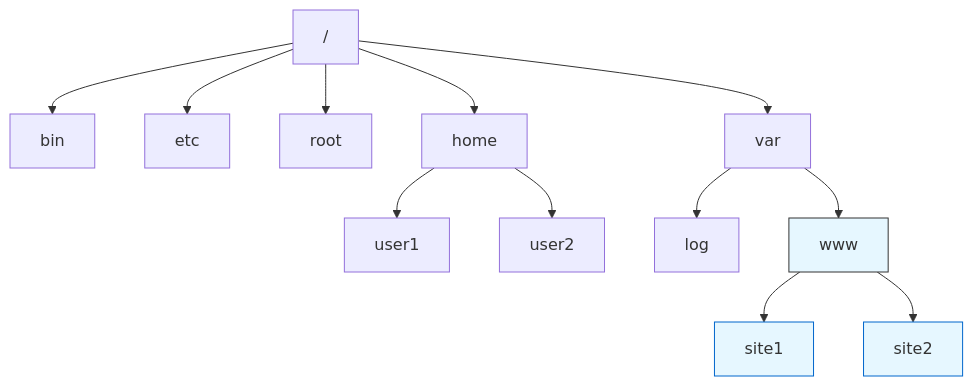
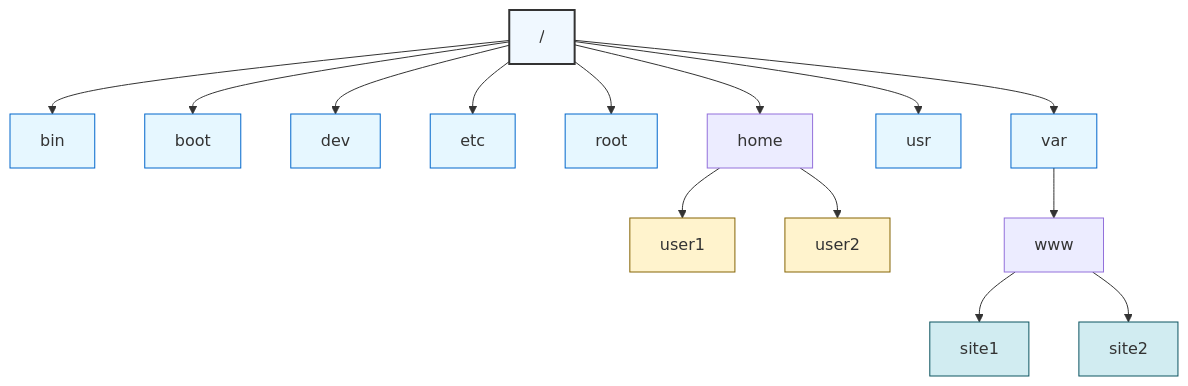
One commit to yuratokazin/gitcube changed the diagram in Linux/README.md. Above: the diagram before and after it, drawn with Mermaid.

Commit message:
Базовые навыки работы в Linux

````diff
--- a/Linux/README.md
+++ b/Linux/README.md
@@ -4,21 +4,27 @@
 ```mermaid
 graph TD
-    A["/"]--> B[bin]
-    A --> C[etc]
+    A["/"] --> B[bin]
+    A --> C[boot]
+    A --> D[dev]
+    A --> E[etc]
     A --> R[root]
-    A --> D[home] --> U[user1] 
-    D --> W[user2]
-    A --> E[var]
-    E --> F[log]
-    E --> G[www]
-    G --> H[site1]
-    G --> I[site2]
+    A --> F[home]
+    A --> G[usr]
+    A --> H[var]
 
-    style G fill:#e6f7ff,stroke:#333
-    classDef webfolder fill:#e6f7ff,stroke:#0066cc
-    class H,I,J webfolder
+    F --> U1[user1]
+    F --> U2[user2]
 
-    click H "https://developer-software.ru/" "Сайт 1"
-    click I "http://example.com" "Сайт 2"
-    click J "http://site3.example.com" "Сайт 3"
+    H --> W[www]
+    W --> S1[site1]
+    W --> S2[site2]
+
+    %% Стилизация
+    style A fill:#f0f8ff,stroke:#333,stroke-width:2px
+    classDef sysdir fill:#e6f7ff,stroke:#0066cc
+    class B,C,D,E,G,H,R sysdir
+    classDef homedir fill:#fff3cd,stroke:#856404
+    class U1,U2,U3 homedir
+    classDef webdir fill:#d1ecf1,stroke:#0c5460
+    class S1,S2 webdir
 ```
````
